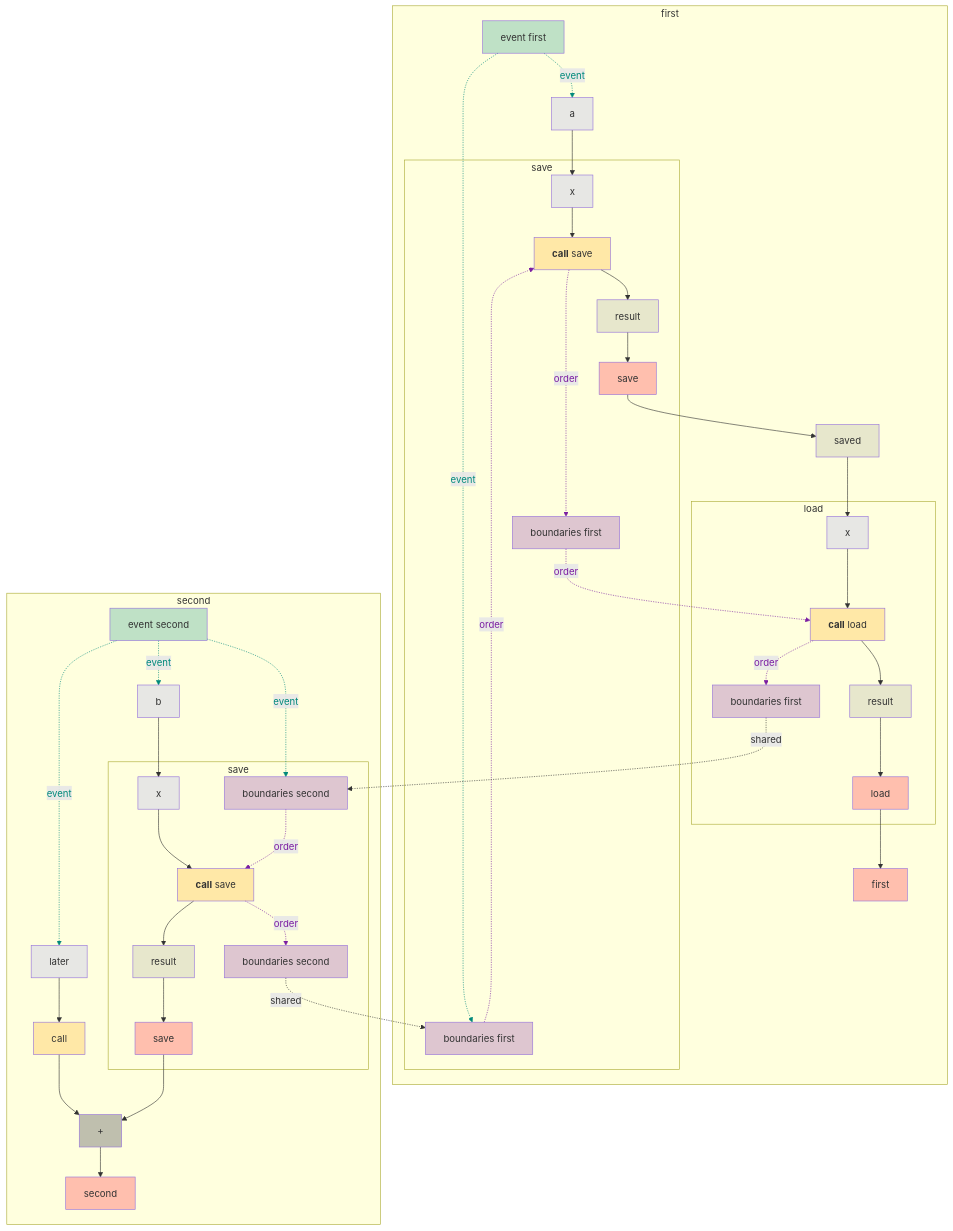
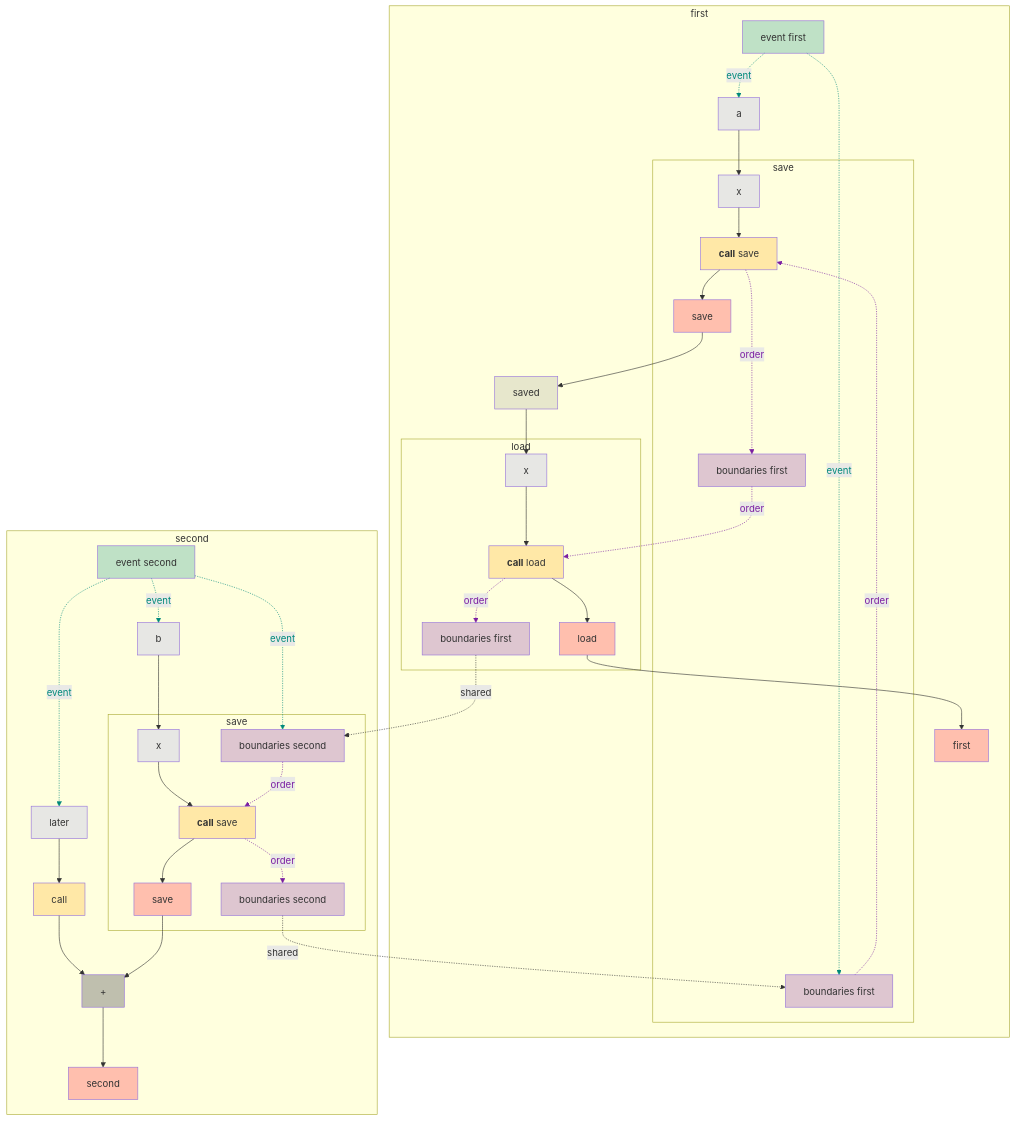
Before and after one commit to gstiebler/codeflow: the diagram in app/src/test/resources/boundaryRoots/snapshot.md, drawn with Mermaid. The commit also changed 10 other files, not shown here.

First line of the commit message:
Boundary calls: a space after the bold `call`, and no `result` local

```diff
--- a/app/src/test/resources/boundaryRoots/snapshot.md
+++ b/app/src/test/resources/boundaryRoots/snapshot.md
@@ -4,81 +4,75 @@
     n1[event first]:::EVENT
     n2[first]:::RETURN
     n3[a]:::FUNC_PARAM
-    n11[saved]:::VARIABLE
+    n10[saved]:::VARIABLE
     n1[event first]:::EVENT -. event .-> n3[a]:::FUNC_PARAM
     n1[event first]:::EVENT -. event .-> n7[boundaries first]:::BOUNDARIES
     n3[a]:::FUNC_PARAM --> n6[x]:::FUNC_PARAM
-    n11[saved]:::VARIABLE --> n14[x]:::FUNC_PARAM
-    n5[save]:::RETURN --> n11[saved]:::VARIABLE
-    n9[boundaries first]:::BOUNDARIES -. order .-> n15["`**call** load`"]:::EXTERNAL
-    n13[load]:::RETURN --> n2[first]:::RETURN
+    n10[saved]:::VARIABLE --> n13[x]:::FUNC_PARAM
+    n5[save]:::RETURN --> n10[saved]:::VARIABLE
+    n9[boundaries first]:::BOUNDARIES -. order .-> n14["`**call** load`"]:::EXTERNAL
+    n12[load]:::RETURN --> n2[first]:::RETURN
     subgraph b4["save"]
       n5[save]:::RETURN
       n6[x]:::FUNC_PARAM
       n7[boundaries first]:::BOUNDARIES
       n8["`**call** save`"]:::EXTERNAL
       n9[boundaries first]:::BOUNDARIES
-      n10[result]:::VARIABLE
       n6[x]:::FUNC_PARAM --> n8["`**call** save`"]:::EXTERNAL
       n7[boundaries first]:::BOUNDARIES -. order .-> n8["`**call** save`"]:::EXTERNAL
       n8["`**call** save`"]:::EXTERNAL -. order .-> n9[boundaries first]:::BOUNDARIES
-      n8["`**call** save`"]:::EXTERNAL --> n10[result]:::VARIABLE
-      n10[result]:::VARIABLE --> n5[save]:::RETURN
+      n8["`**call** save`"]:::EXTERNAL --> n5[save]:::RETURN
     end
-    subgraph b12["load"]
-      n13[load]:::RETURN
-      n14[x]:::FUNC_PARAM
-      n15["`**call** load`"]:::EXTERNAL
-      n16[boundaries first]:::BOUNDARIES
-      n17[result]:::VARIABLE
-      n14[x]:::FUNC_PARAM --> n15["`**call** load`"]:::EXTERNAL
-      n15["`**call** load`"]:::EXTERNAL -. order .-> n16[boundaries first]:::BOUNDARIES
-      n15["`**call** load`"]:::EXTERNAL --> n17[result]:::VARIABLE
-      n17[result]:::VARIABLE --> n13[load]:::RETURN
+    subgraph b11["load"]
+      n12[load]:::RETURN
+      n13[x]:::FUNC_PARAM
+      n14["`**call** load`"]:::EXTERNAL
+      n15[boundaries first]:::BOUNDARIES
+      n13[x]:::FUNC_PARAM --> n14["`**call** load`"]:::EXTERNAL
+      n14["`**call** load`"]:::EXTERNAL -. order .-> n15[boundaries first]:::BOUNDARIES
+      n14["`**call** load`"]:::EXTERNAL --> n12[load]:::RETURN
     end
   end
-  subgraph b18["second"]
-    n19[event second]:::EVENT
-    n20[second]:::RETURN
-    n21[b]:::FUNC_PARAM
-    n22[later]:::FUNC_PARAM
-    n30[call]:::EXTERNAL
-    n31[+]:::BIN_OP
-    n19[event second]:::EVENT -. event .-> n21[b]:::FUNC_PARAM
-    n19[event second]:::EVENT -. event .-> n22[later]:::FUNC_PARAM
-    n19[event second]:::EVENT -. event .-> n26[boundaries second]:::BOUNDARIES
-    n21[b]:::FUNC_PARAM --> n25[x]:::FUNC_PARAM
-    n22[later]:::FUNC_PARAM --> n30[call]:::EXTERNAL
-    n30[call]:::EXTERNAL --> n31[+]:::BIN_OP
-    n31[+]:::BIN_OP --> n20[second]:::RETURN
-    n24[save]:::RETURN --> n31[+]:::BIN_OP
-    subgraph b23["save"]
-      n24[save]:::RETURN
-      n25[x]:::FUNC_PARAM
+  subgraph b16["second"]
+    n17[event second]:::EVENT
+    n18[second]:::RETURN
+    n19[b]:::FUNC_PARAM
+    n20[later]:::FUNC_PARAM
+    n27[call]:::EXTERNAL
+    n28[+]:::BIN_OP
+    n17[event second]:::EVENT -. event .-> n19[b]:::FUNC_PARAM
+    n17[event second]:::EVENT -. event .-> n20[later]:::FUNC_PARAM
+    n17[event second]:::EVENT -. event .-> n24[boundaries second]:::BOUNDARIES
+    n19[b]:::FUNC_PARAM --> n23[x]:::FUNC_PARAM
+    n20[later]:::FUNC_PARAM --> n27[call]:::EXTERNAL
+    n27[call]:::EXTERNAL --> n28[+]:::BIN_OP
+    n28[+]:::BIN_OP --> n18[second]:::RETURN
+    n22[save]:::RETURN --> n28[+]:::BIN_OP
+    subgraph b21["save"]
+      n22[save]:::RETURN
+      n23[x]:::FUNC_PARAM
+      n24[boundaries second]:::BOUNDARIES
+      n25["`**call** save`"]:::EXTERNAL
       n26[boundaries second]:::BOUNDARIES
-      n27["`**call** save`"]:::EXTERNAL
-      n28[boundaries second]:::BOUNDARIES
-      n29[result]:::VARIABLE
-      n25[x]:::FUNC_PARAM --> n27["`**call** save`"]:::EXTERNAL
-      n26[boundaries second]:::BOUNDARIES -. order .-> n27["`**call** save`"]:::EXTERNAL
-      n27["`**call** save`"]:::EXTERNAL -. order .-> n28[boundaries second]:::BOUNDARIES
-      n27["`**call** save`"]:::EXTERNAL --> n29[result]:::VARIABLE
-      n29[result]:::VARIABLE --> n24[save]:::RETURN
+      n23[x]:::FUNC_PARAM --> n25["`**call** save`"]:::EXTERNAL
+      n24[boundaries second]:::BOUNDARIES -. order .-> n25["`**call** save`"]:::EXTERNAL
+      n25["`**call** save`"]:::EXTERNAL -. order .-> n26[boundaries second]:::BOUNDARIES
+      n25["`**call** save`"]:::EXTERNAL --> n22[save]:::RETURN
     end
   end
-  n16[boundaries first]:::BOUNDARIES -. shared .-> n26[boundaries second]:::BOUNDARIES
-  n28[boundaries second]:::BOUNDARIES -. shared .-> n7[boundaries first]:::BOUNDARIES
+  n15[boundaries first]:::BOUNDARIES -. shared .-> n24[boundaries second]:::BOUNDARIES
+  n26[boundaries second]:::BOUNDARIES -. shared .-> n7[boundaries first]:::BOUNDARIES
   linkStyle 0 stroke:#00897b,color:#00897b
   linkStyle 1 stroke:#00897b,color:#00897b
   linkStyle 5 stroke:#7b1fa2,color:#7b1fa2
   linkStyle 8 stroke:#7b1fa2,color:#7b1fa2
   linkStyle 9 stroke:#7b1fa2,color:#7b1fa2
-  linkStyle 13 stroke:#7b1fa2,color:#7b1fa2
+  linkStyle 12 stroke:#7b1fa2,color:#7b1fa2
+  linkStyle 14 stroke:#00897b,color:#00897b
+  linkStyle 15 stroke:#00897b,color:#00897b
   linkStyle 16 stroke:#00897b,color:#00897b
-  linkStyle 17 stroke:#00897b,color:#00897b
-  linkStyle 18 stroke:#00897b,color:#00897b
-  linkStyle 25 stroke:#7b1fa2,color:#7b1fa2
-  linkStyle 26 stroke:#7b1fa2,color:#7b1fa2
+  linkStyle 23 stroke:#7b1fa2,color:#7b1fa2
+  linkStyle 24 stroke:#7b1fa2,color:#7b1fa2
   classDef LITERAL fill:#00FF0030
   classDef VARIABLE fill:#80808030
   classDef BIN_OP fill:#80808080
```
